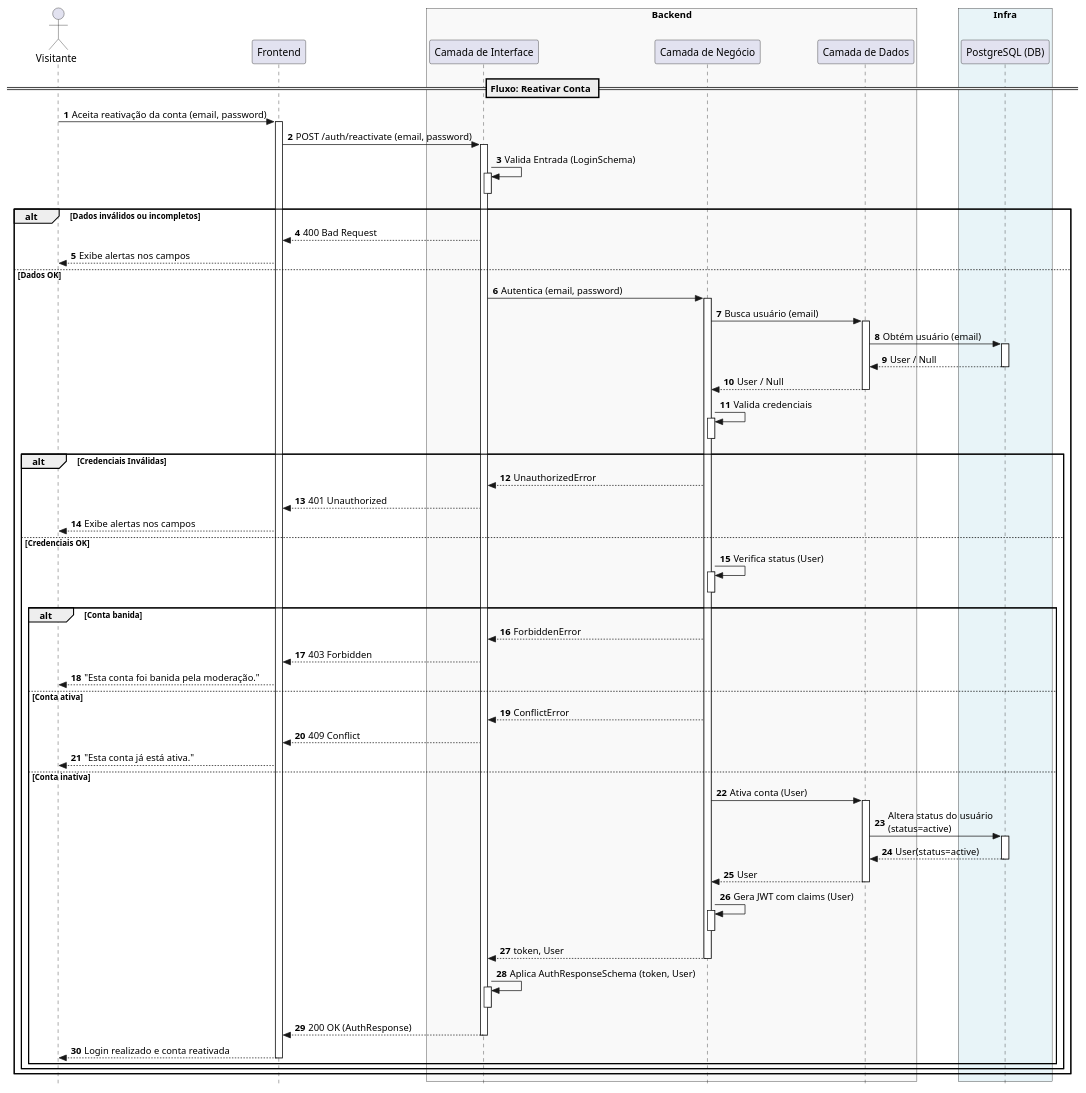
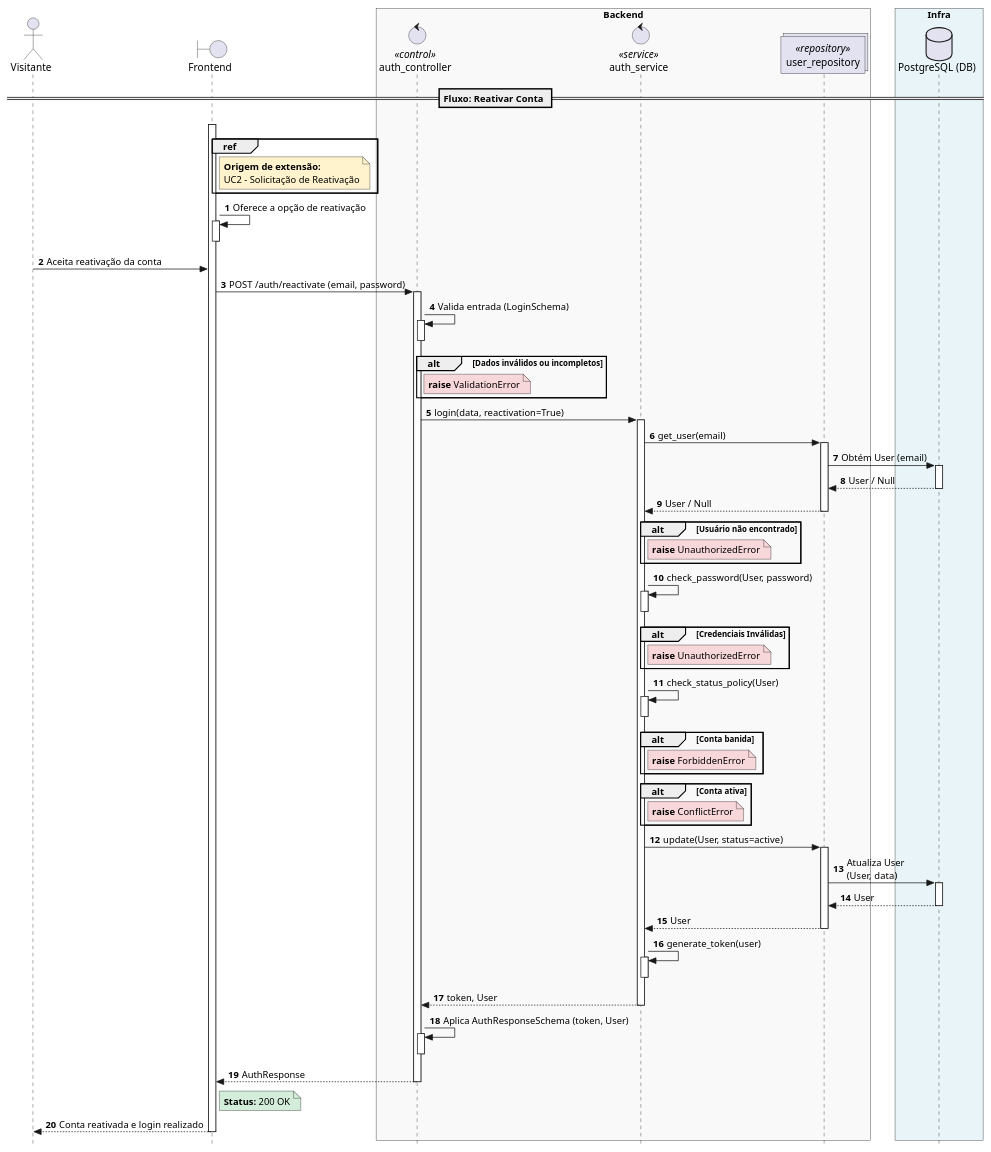
Before and after one commit to karlsen16/OndeTa: the diagram in docs/uml/sequence/puml/03_user_reactivation.puml, drawn with PlantUML. The commit also changed 52 other files, not shown here.

Commit message:
docs: BPTD Fase 1, organização dos diagramas v.3.2

```diff
--- a/docs/uml/sequence/puml/03_user_reactivation.puml
+++ b/docs/uml/sequence/puml/03_user_reactivation.puml
@@ -1,87 +1,72 @@
 @startuml
-autonumber
 skinparam style strictuml
 
 actor "Visitante" as Guest
-participant "Frontend" as UI
+boundary "Frontend" as UI
 
 box "Backend" #f9f9f9
-    participant "Camada de Interface" as CI
-    participant "Camada de Negócio" as CN
-    participant "Camada de Dados" as CD
+    control "auth_controller" as Ctrl <<control>>
+    control "auth_service" as Serv <<service>>
+    collections "user_repository" as Repo <<repository>>
 end box
 
 box "Infra" #e8f4f8
-    participant "PostgreSQL (DB)" as DB
+    database "PostgreSQL (DB)" as DB
 end box
 
 == Fluxo: Reativar Conta ==
 
-Guest -> UI : Aceita reativação da conta (email, password)
-activate UI
-UI -> CI : POST /auth/reactivate (email, password)
-activate CI
-CI -> CI : Valida Entrada (LoginSchema)
-activate CI
-deactivate CI
+UI -[hidden]-> UI++
+
+group ref
+    note right of UI #fff3cd: **Origem de extensão:**\nUC2 - Solicitação de Reativação
+end
+
+autonumber
+UI -> UI++--: Oferece a opção de reativação
+Guest -> UI: Aceita reativação da conta
+UI -> Ctrl++: POST /auth/reactivate (email, password)
+Ctrl -> Ctrl++--: Valida entrada (LoginSchema)
 
 alt Dados inválidos ou incompletos
-    CI --> UI : 400 Bad Request
-    UI --> Guest : Exibe alertas nos campos
-else Dados OK
-    CI -> CN : Autentica (email, password)
-    activate CN
-    CN -> CD : Busca usuário (email)
-    activate CD
-    CD -> DB : Obtém usuário (email)
-    activate DB
-    DB --> CD : User / Null
-    deactivate DB
-    CD --> CN : User / Null
-    deactivate CD
-    CN -> CN : Valida credenciais
-    activate CN
-    deactivate CN
+    note right of Ctrl #f8d7da: **raise** ValidationError
+end
 
-    alt Credenciais Inválidas
-        CN --> CI : UnauthorizedError
-        CI --> UI : 401 Unauthorized
-        UI --> Guest : Exibe alertas nos campos
-    else Credenciais OK
-        CN -> CN : Verifica status (User)
-        activate CN
-        deactivate CN
+Ctrl -> Serv++: login(data, reactivation=True)
+Serv -> Repo++: get_user(email)
+Repo -> DB++: Obtém User (email)
+DB --> Repo--: User / Null
+Repo --> Serv--: User / Null
 
-        alt Conta banida
-            CN --> CI : ForbiddenError
-            CI --> UI : 403 Forbidden
-            UI --> Guest : "Esta conta foi banida pela moderação."
-        else Conta ativa
-            CN --> CI : ConflictError
-            CI --> UI : 409 Conflict
-            UI --> Guest : "Esta conta já está ativa."
-        else Conta inativa
-            CN -> CD : Ativa conta (User)
-            activate CD
-            CD -> DB : Altera status do usuário\n(status=active)
-            activate DB
-            DB --> CD : User(status=active)
-            deactivate DB
-            CD --> CN : User
-            deactivate CD
-            CN -> CN : Gera JWT com claims (User)
-            activate CN
-            deactivate CN
-            CN --> CI : token, User
-            deactivate CN
-            CI -> CI : Aplica AuthResponseSchema (token, User)
-            activate CI
-            deactivate CI
-            CI --> UI : 200 OK (AuthResponse)
-            deactivate CI
-            UI --> Guest : Login realizado e conta reativada
-            deactivate UI
-        end
-    end
+alt Usuário não encontrado
+    note right of Serv #f8d7da: **raise** UnauthorizedError
 end
+
+Serv -> Serv++--: check_password(User, password)
+
+alt Credenciais Inválidas
+    note right of Serv #f8d7da: **raise** UnauthorizedError
+end
+
+Serv -> Serv++--: check_status_policy(User)
+
+alt Conta banida
+    note right of Serv #f8d7da: **raise** ForbiddenError
+end
+
+alt Conta ativa
+    note right of Serv #f8d7da: **raise** ConflictError
+end
+
+Serv -> Repo++: update(User, status=active)
+Repo -> DB++: Atualiza User\n(User, data)
+DB --> Repo--: User
+Repo --> Serv--: User
+
+Serv -> Serv++--: generate_token(user)
+Serv --> Ctrl--: token, User
+Ctrl -> Ctrl++--: Aplica AuthResponseSchema (token, User)
+Ctrl --> UI--: AuthResponse
+note right of UI #d4edda: **Status:** 200 OK
+UI --> Guest--: Conta reativada e login realizado
 @enduml
```
